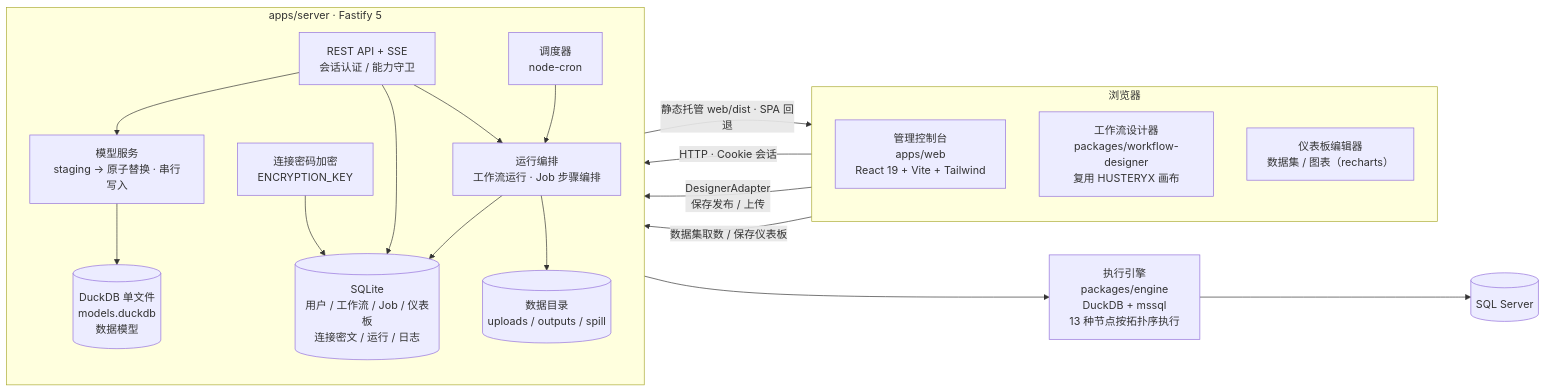
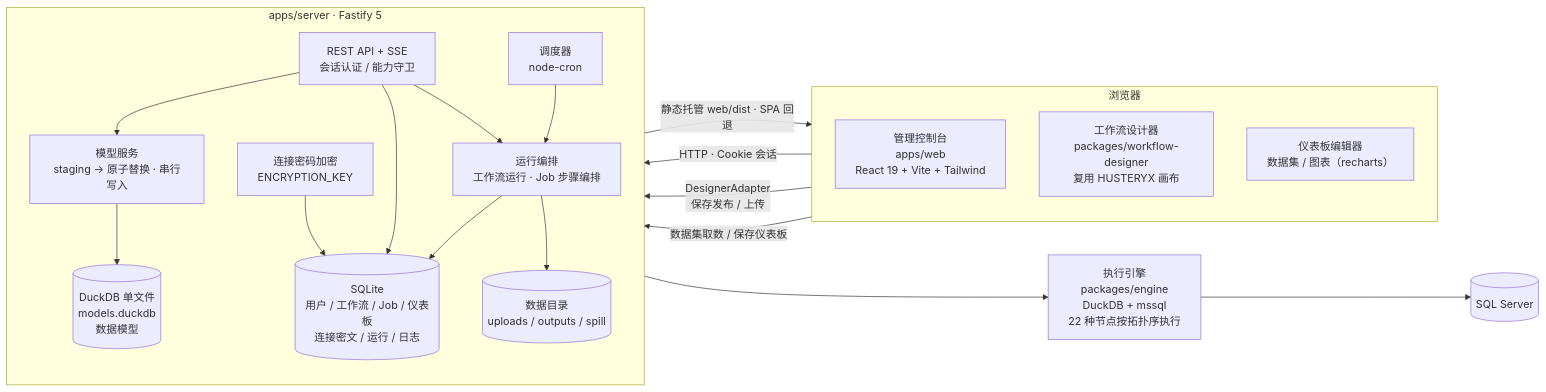
The diagram in README.md (microsoftbi/HUSTServer), drawn with Mermaid before and after one commit. The commit also changed other lines of this file and 56 other files, not shown here.

````diff
--- a/README.md
+++ b/README.md
@@ -171,39 +171,39 @@
 ```mermaid
 flowchart LR
     subgraph Browser["浏览器"]
         direction TB
         Web["管理控制台<br/>apps/web<br/>React 19 + Vite + Tailwind"]
         Designer["工作流设计器<br/>packages/workflow-designer<br/>复用 HUSTERYX 画布"]
         BI["仪表板编辑器<br/>数据集 / 图表（recharts）"]
     end
 
     subgraph Server["apps/server · Fastify 5"]
         direction TB
         API["REST API + SSE<br/>会话认证 / 能力守卫"]
         Sched["调度器<br/>node-cron"]
         Runner["运行编排<br/>工作流运行 · Job 步骤编排"]
         Model["模型服务<br/>staging → 原子替换 · 串行写入"]
         Crypto["连接密码加密<br/>ENCRYPTION_KEY"]
         DB[("SQLite<br/>用户 / 工作流 / Job / 仪表板<br/>连接密文 / 运行 / 日志")]
         Files[("数据目录<br/>uploads / outputs / spill")]
         Duck[("DuckDB 单文件<br/>models.duckdb<br/>数据模型")]
     end
 
-    Engine["执行引擎<br/>packages/engine<br/>DuckDB + mssql<br/>13 种节点按拓扑序执行"]
+    Engine["执行引擎<br/>packages/engine<br/>DuckDB + mssql<br/>22 种节点按拓扑序执行"]
     SQL[("SQL Server")]
 
     Server -->|"静态托管 web/dist · SPA 回退"| Web
     Web -->|"HTTP · Cookie 会话"| API
     Designer -->|"DesignerAdapter<br/>保存发布 / 上传"| API
     BI -->|"数据集取数 / 保存仪表板"| API
     Sched --> Runner
     API --> Runner
     Runner --> Engine
     API --> Model
     Model --> Duck
     Engine --> SQL
     Runner --> DB
     Runner --> Files
     API --> DB
     Crypto --> DB
 ```
````
